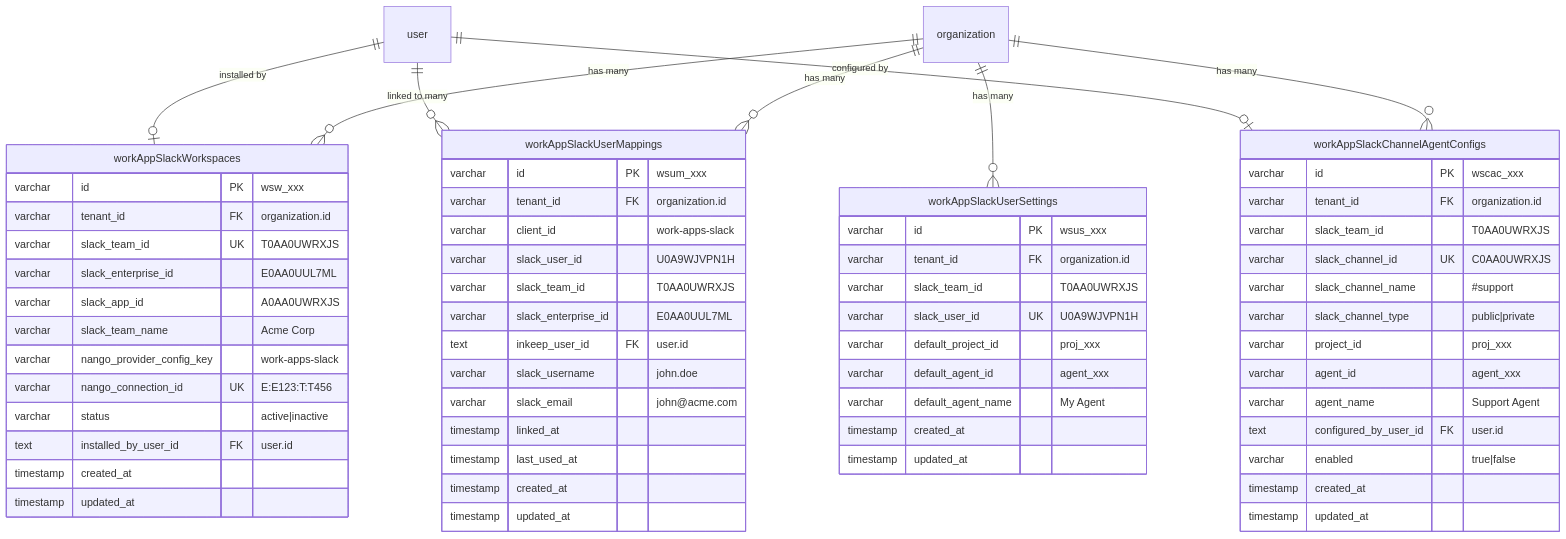
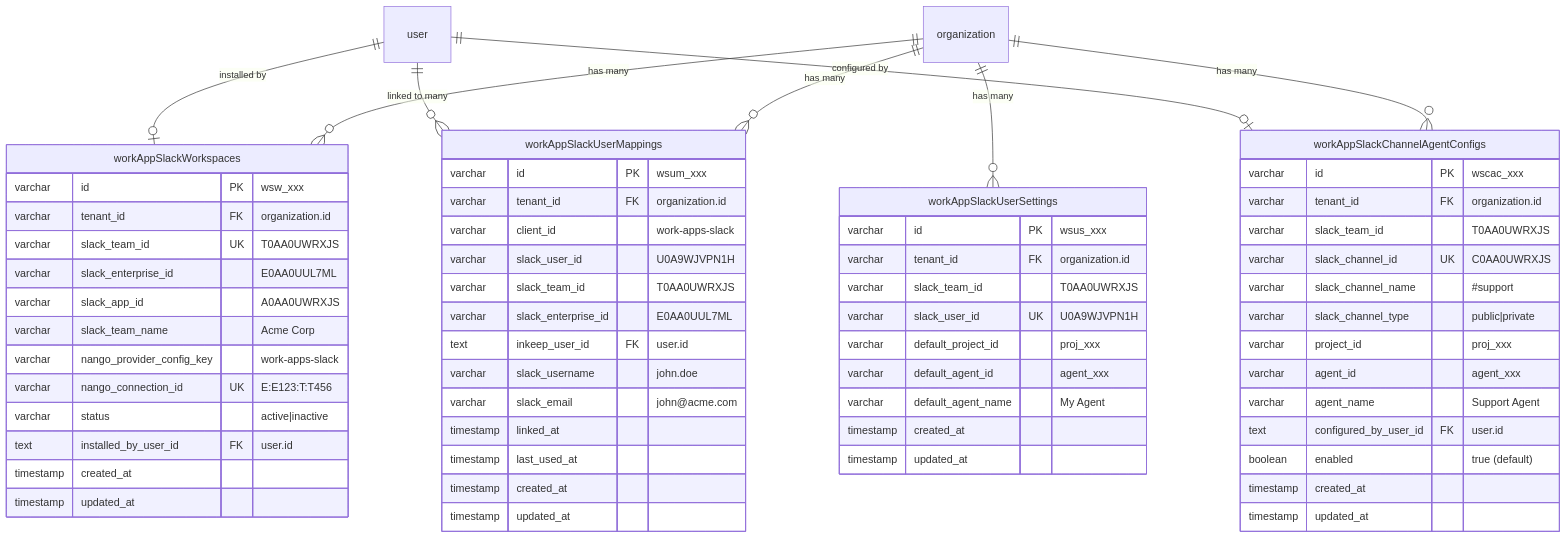
One commit to inkeep/agents changed the diagram in packages/agents-work-apps/src/slack/docs/spec/DATABASE.md. Above: the diagram before and after it, drawn with Mermaid. The commit also changed 4 other files, not shown here.

First line of the commit message:
fix(schema): change enabled column from varchar to boolean

````diff
--- a/packages/agents-work-apps/src/slack/docs/spec/DATABASE.md
+++ b/packages/agents-work-apps/src/slack/docs/spec/DATABASE.md
@@ -7,69 +7,69 @@
 ```mermaid
 erDiagram
     organization ||--o{ workAppSlackWorkspaces : "has many"
     organization ||--o{ workAppSlackUserMappings : "has many"
     organization ||--o{ workAppSlackChannelAgentConfigs : "has many"
     organization ||--o{ workAppSlackUserSettings : "has many"
     user ||--o{ workAppSlackUserMappings : "linked to many"
     user ||--o| workAppSlackWorkspaces : "installed by"
     user ||--o| workAppSlackChannelAgentConfigs : "configured by"
 
     workAppSlackWorkspaces {
         varchar id PK "wsw_xxx"
         varchar tenant_id FK "organization.id"
         varchar slack_team_id UK "T0AA0UWRXJS"
         varchar slack_enterprise_id "E0AA0UUL7ML"
         varchar slack_app_id "A0AA0UWRXJS"
         varchar slack_team_name "Acme Corp"
         varchar nango_provider_config_key "work-apps-slack"
         varchar nango_connection_id UK "E:E123:T:T456"
         varchar status "active|inactive"
         text installed_by_user_id FK "user.id"
         timestamp created_at
         timestamp updated_at
     }
 
     workAppSlackUserMappings {
         varchar id PK "wsum_xxx"
         varchar tenant_id FK "organization.id"
         varchar client_id "work-apps-slack"
         varchar slack_user_id "U0A9WJVPN1H"
         varchar slack_team_id "T0AA0UWRXJS"
         varchar slack_enterprise_id "E0AA0UUL7ML"
         text inkeep_user_id FK "user.id"
         varchar slack_username "john.doe"
         varchar slack_email "john@acme.com"
         timestamp linked_at
         timestamp last_used_at
         timestamp created_at
         timestamp updated_at
     }
 
     workAppSlackChannelAgentConfigs {
         varchar id PK "wscac_xxx"
         varchar tenant_id FK "organization.id"
         varchar slack_team_id "T0AA0UWRXJS"
         varchar slack_channel_id UK "C0AA0UWRXJS"
         varchar slack_channel_name "#support"
         varchar slack_channel_type "public|private"
         varchar project_id "proj_xxx"
         varchar agent_id "agent_xxx"
         varchar agent_name "Support Agent"
         text configured_by_user_id FK "user.id"
-        varchar enabled "true|false"
+        boolean enabled "true (default)"
         timestamp created_at
         timestamp updated_at
     }
 
     workAppSlackUserSettings {
         varchar id PK "wsus_xxx"
         varchar tenant_id FK "organization.id"
         varchar slack_team_id "T0AA0UWRXJS"
         varchar slack_user_id UK "U0A9WJVPN1H"
         varchar default_project_id "proj_xxx"
         varchar default_agent_id "agent_xxx"
         varchar default_agent_name "My Agent"
         timestamp created_at
         timestamp updated_at
     }
 ```
````
